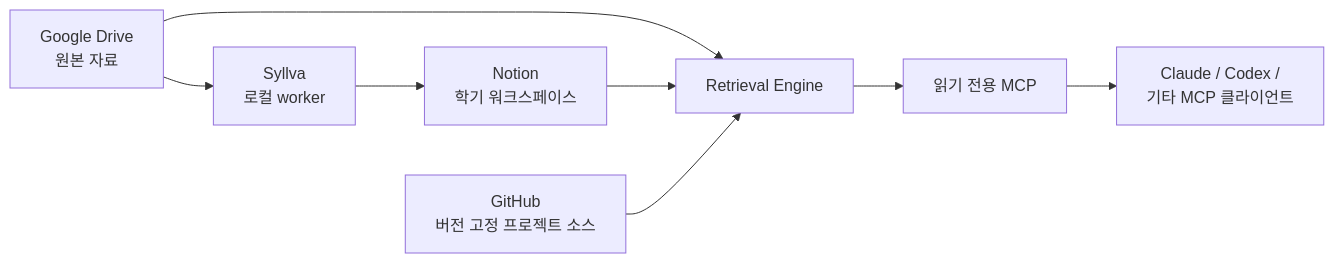
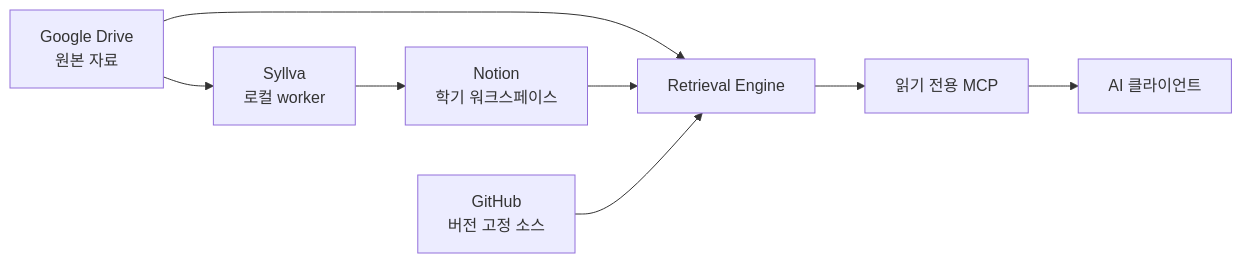
One commit to Just-Simple0/Syllva changed the diagram in README.ko.md. Above: the diagram before and after it, drawn with Mermaid. The commit also changed other lines of this file and 3 other files, not shown here.

````diff
--- a/README.ko.md
+++ b/README.ko.md
@@ -36,10 +29,10 @@
 ```mermaid
 flowchart LR
     D[Google Drive\n원본 자료] --> W[Syllva\n로컬 worker]
     W --> N[Notion\n학기 워크스페이스]
     D --> R[Retrieval Engine]
     N --> R
-    G[GitHub\n버전 고정 프로젝트 소스] --> R
+    G[GitHub\n버전 고정 소스] --> R
     R --> M[읽기 전용 MCP]
-    M --> A[Claude / Codex /\n기타 MCP 클라이언트]
+    M --> A[AI 클라이언트]
 ```
````
